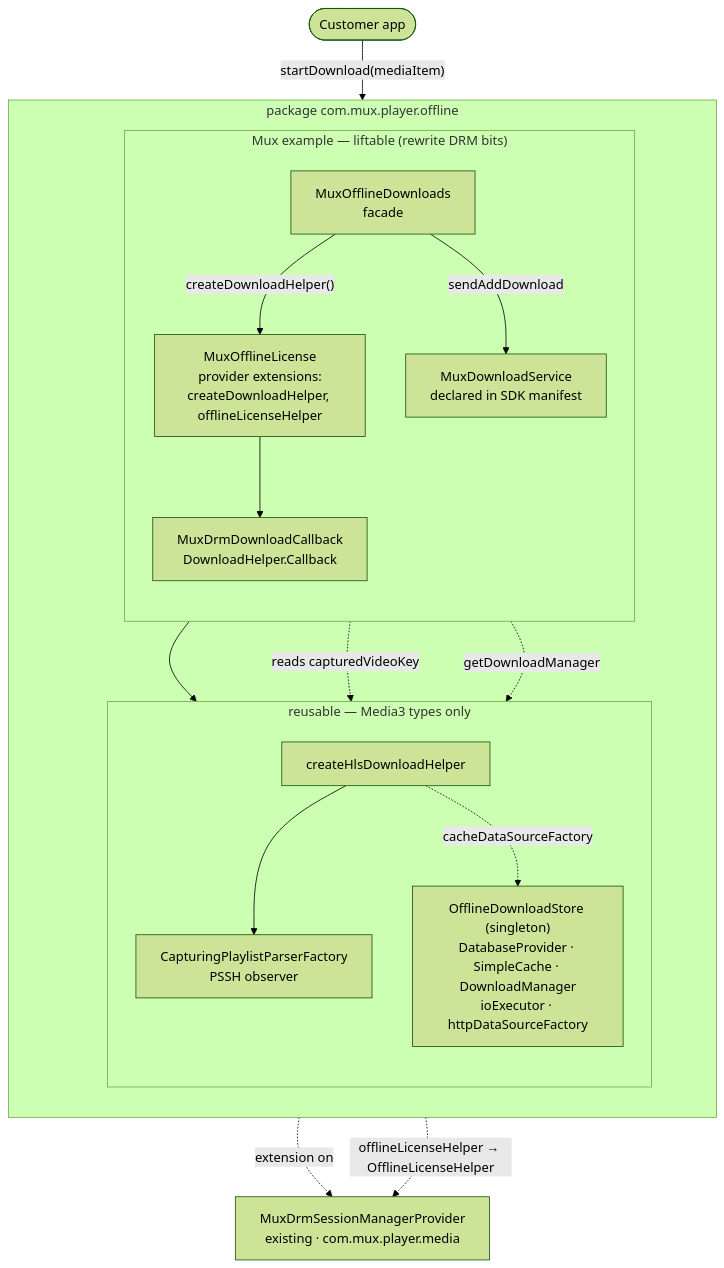
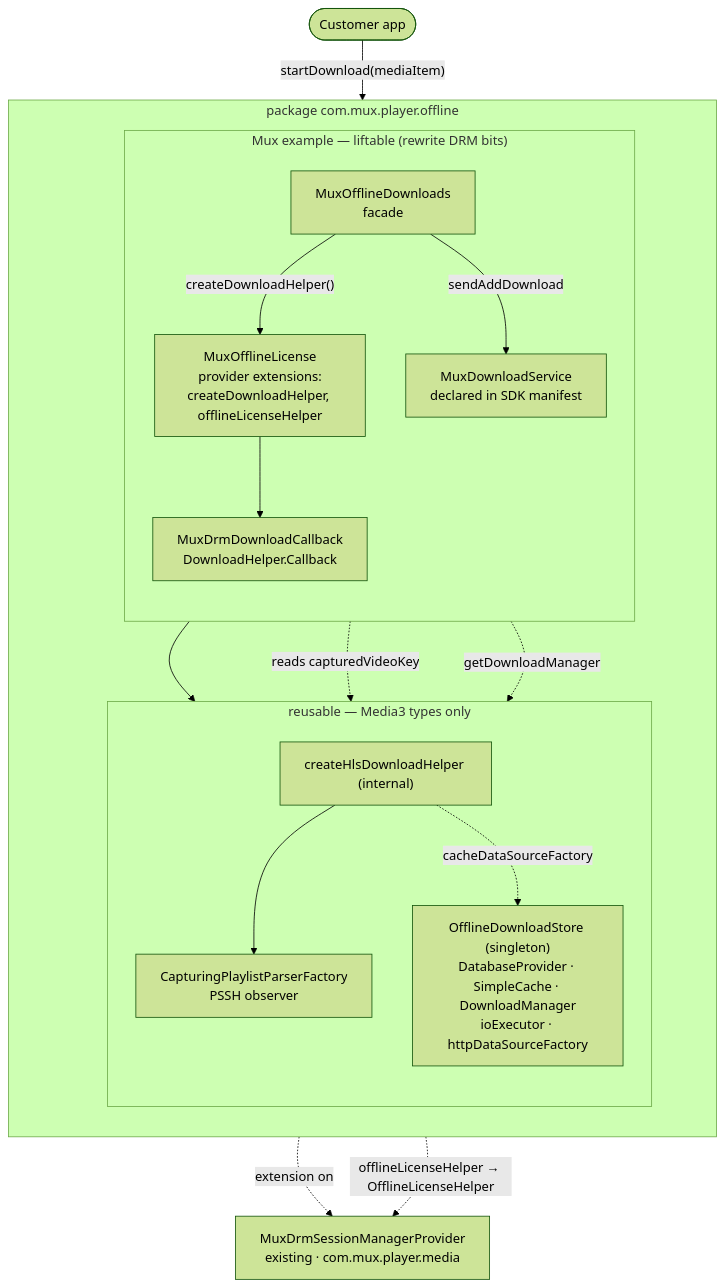
The first of 3 diagrams in docs/offline-drm-design.md (muxinc/mux-player-android), drawn with Mermaid (forest theme) before and after one commit. The commit also changed other lines of this file, not shown here.

First line of the commit message:
docs: reorder §1 call-site-first, make createHlsDownloadHelper internal

````diff
--- a/docs/offline-drm-design.md
+++ b/docs/offline-drm-design.md
@@ -44,35 +48,35 @@
 ```mermaid
 flowchart TB
     Customer(["Customer app"])
 
     subgraph offline["package com.mux.player.offline"]
         direction TB
         subgraph mux["Mux example — liftable (rewrite DRM bits)"]
             direction TB
             Facade["MuxOfflineDownloads<br/>facade"]
             Lic["MuxOfflineLicense<br/>provider extensions:<br/>createDownloadHelper, offlineLicenseHelper"]
             Callback["MuxDrmDownloadCallback<br/>DownloadHelper.Callback"]
             Service["MuxDownloadService<br/>declared in SDK manifest"]
         end
         subgraph core["reusable — Media3 types only"]
             direction TB
-            Factory["createHlsDownloadHelper"]
+            Factory["createHlsDownloadHelper (internal)"]
             Capture["CapturingPlaylistParserFactory<br/>PSSH observer"]
             Store["OfflineDownloadStore (singleton)<br/>DatabaseProvider · SimpleCache · DownloadManager<br/>ioExecutor · httpDataSourceFactory"]
         end
     end
 
     Provider["MuxDrmSessionManagerProvider<br/>existing · com.mux.player.media"]
 
     Customer -->|"startDownload(mediaItem)"| Facade
     Facade -->|"createDownloadHelper()"| Lic
     Facade -->|"sendAddDownload"| Service
     Lic -.->|"extension on"| Provider
     Lic --> Factory
     Lic --> Callback
     Factory --> Capture
     Factory -.->|"cacheDataSourceFactory"| Store
     Callback -.->|"reads capturedVideoKey"| Capture
     Callback -.->|"offlineLicenseHelper → OfflineLicenseHelper"| Provider
     Service -.->|"getDownloadManager"| Store
 ```
````
